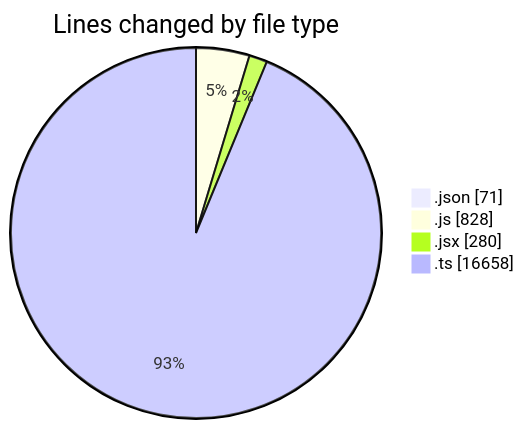
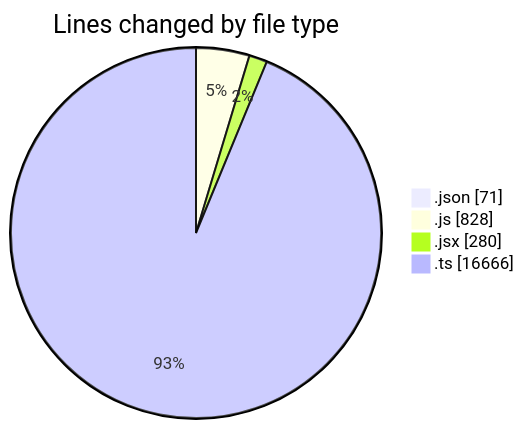
The first of 2 diagrams in 2025-05-13/cda/README.md (momahboobian/code-tracking), drawn with Mermaid before and after one commit. The commit also changed other lines of this file and 1 other file, not shown here.

````diff
--- a/2025-05-13/cda/README.md
+++ b/2025-05-13/cda/README.md
@@ -30,8 +30,8 @@
 ```mermaid
 pie showData
 title Lines changed by file type
 ".json" : 71
 ".js" : 828
 ".jsx" : 280
-".ts" : 16658
+".ts" : 16666
 ```
````
